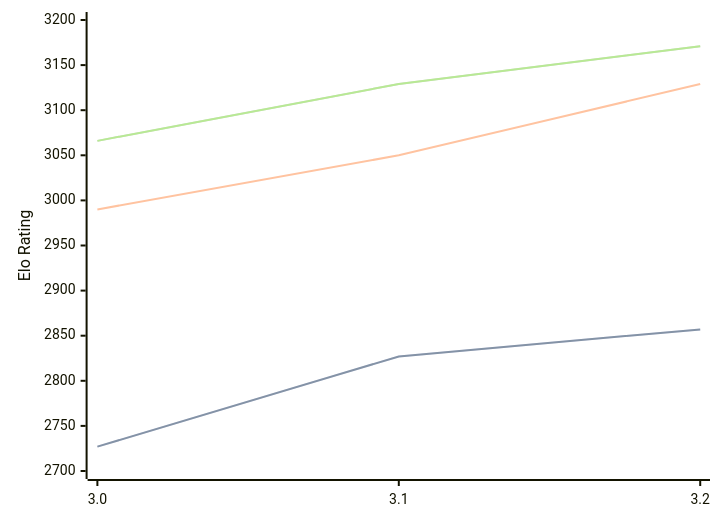
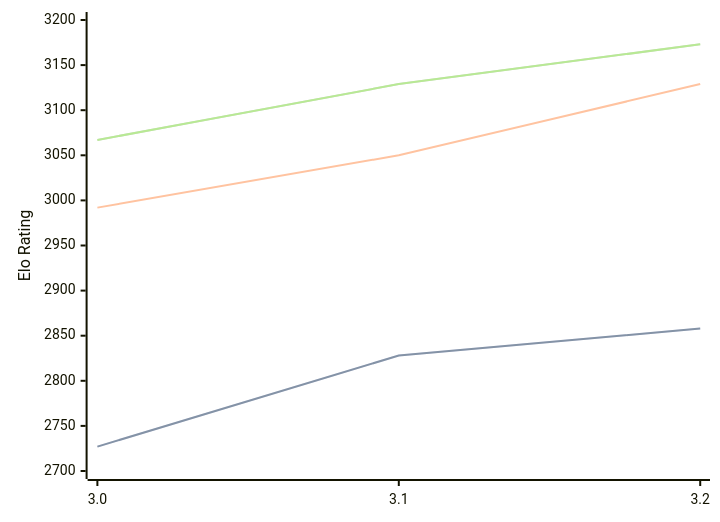
The diagram in engines/Vajolet2.md (computer-chess-index/cci), drawn with Mermaid before and after one commit. The commit also changed other lines of this file, not shown here.

Commit message:
Update CCI Ratings (ELO VLTC) - 2026-08-29

````diff
--- a/engines/Vajolet2.md
+++ b/engines/Vajolet2.md
@@ -33,11 +33,11 @@
 ```mermaid
 %%{init: {"theme":"base","themeVariables":{"seriesColors:['#a3a3a3','#222221','#faa371']}}}%%
 xychart-beta
   x-axis ["3.0", "3.1", "3.2"]
   y-axis "Elo Rating" 2700 --> 3200
-  line "" [2727, 2827, 2857]
-  line "STC (8.0+0.08s)" [2727, 2827, 2857]
-  line "LTC (60.0+0.60s)" [2990, 3050, 3129]
-  line "" [3066, 3129, 3171]
-  line "VLTC (2m24s+1.12s)" [3066, 3129, 3171]
+  line "" [2727, 2828, 2858]
+  line "STC (8.0+0.08s)" [2727, 2828, 2858]
+  line "LTC (60.0+0.60s)" [2992, 3050, 3129]
+  line "" [3067, 3129, 3173]
+  line "VLTC (2m24s+1.12s)" [3067, 3129, 3173]
 ```
````
